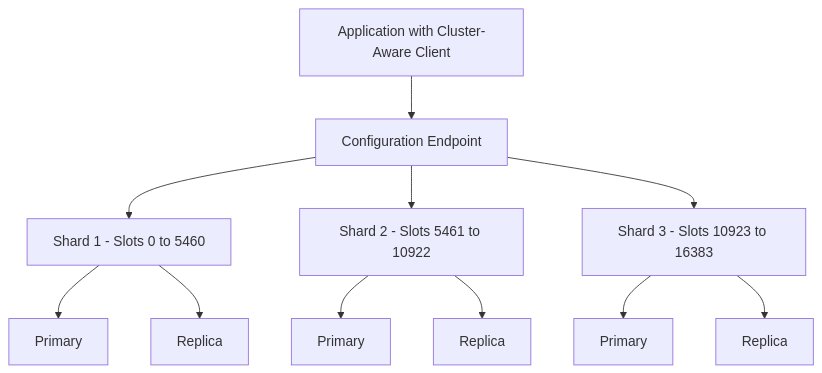
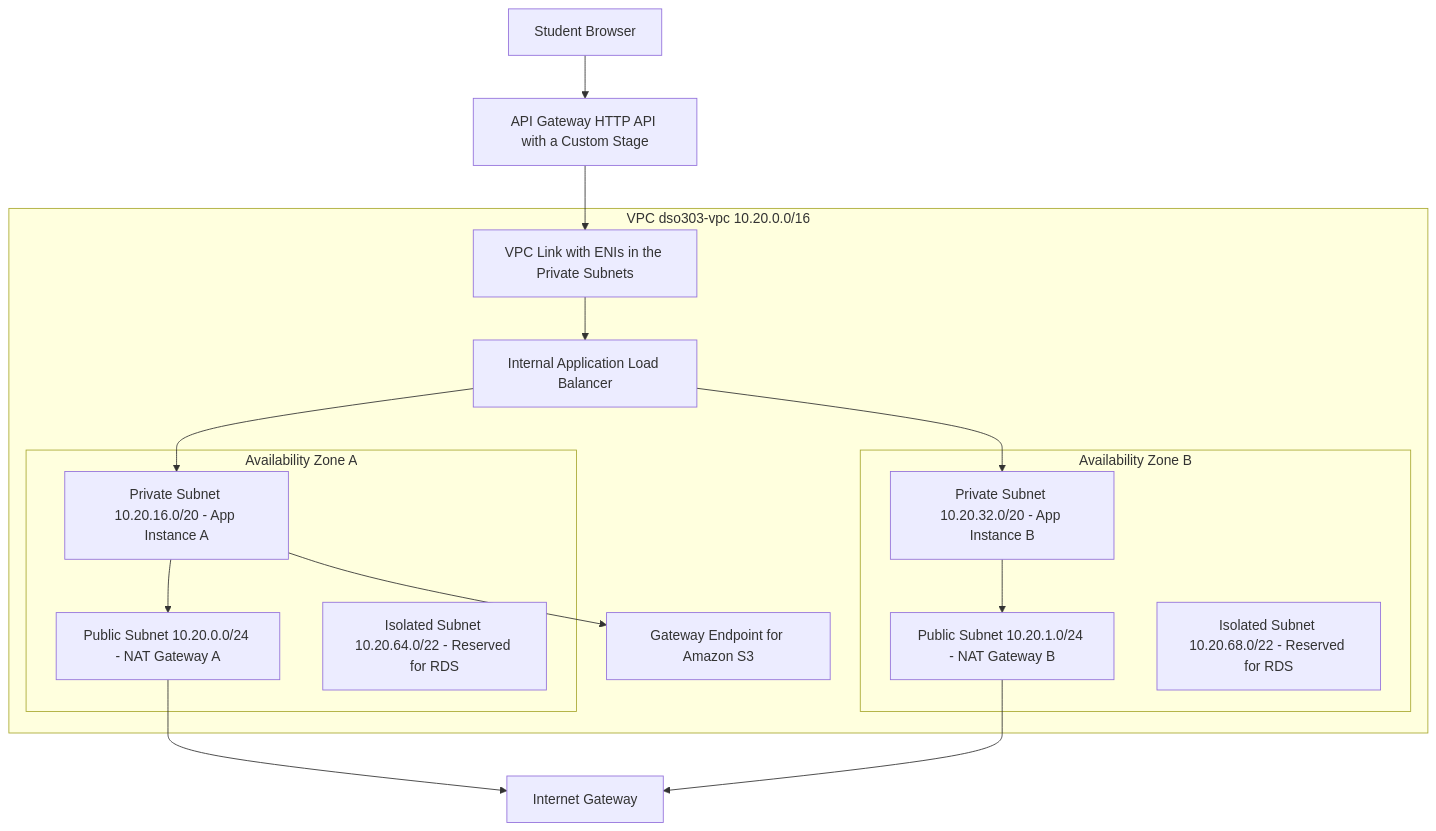
Diagram 13 of 13 in docs/unit1/topic6.md (norbutlepcha25/dso303), drawn with Mermaid before and after one commit. The commit also changed other lines of this file and 945 other files, not shown here.

````diff
--- a/docs/unit1/topic6.md
+++ b/docs/unit1/topic6.md
@@ -886,13 +1568,30 @@
 ```mermaid
 graph TD
-    A["Application with Cluster-Aware Client"] --> B["Configuration Endpoint"]
-    B --> C["Shard 1 - Slots 0 to 5460"]
-    B --> D["Shard 2 - Slots 5461 to 10922"]
-    B --> E["Shard 3 - Slots 10923 to 16383"]
-    C --> C1["Primary"]
-    C --> C2["Replica"]
-    D --> D1["Primary"]
-    D --> D2["Replica"]
-    E --> E1["Primary"]
-    E --> E2["Replica"]
+    USER["Student Browser"] --> AGW["API Gateway HTTP API with a Custom Stage"]
+    AGW --> VL["VPC Link with ENIs in the Private Subnets"]
+    VL --> IALB["Internal Application Load Balancer"]
+
+    subgraph vpc["VPC dso303-vpc 10.20.0.0/16"]
+        subgraph az1["Availability Zone A"]
+            PUB1["Public Subnet 10.20.0.0/24 - NAT Gateway A"]
+            PRI1["Private Subnet 10.20.16.0/20 - App Instance A"]
+            ISO1["Isolated Subnet 10.20.64.0/22 - Reserved for RDS"]
+        end
+        subgraph az2["Availability Zone B"]
+            PUB2["Public Subnet 10.20.1.0/24 - NAT Gateway B"]
+            PRI2["Private Subnet 10.20.32.0/20 - App Instance B"]
+            ISO2["Isolated Subnet 10.20.68.0/22 - Reserved for RDS"]
+        end
+        IALB
+        VL
+        S3E["Gateway Endpoint for Amazon S3"]
+    end
+
+    PUB1 --> IGW["Internet Gateway"]
+    PUB2 --> IGW
+    PRI1 --> PUB1
+    PRI2 --> PUB2
+    IALB --> PRI1
+    IALB --> PRI2
+    PRI1 --> S3E
 ```
````
